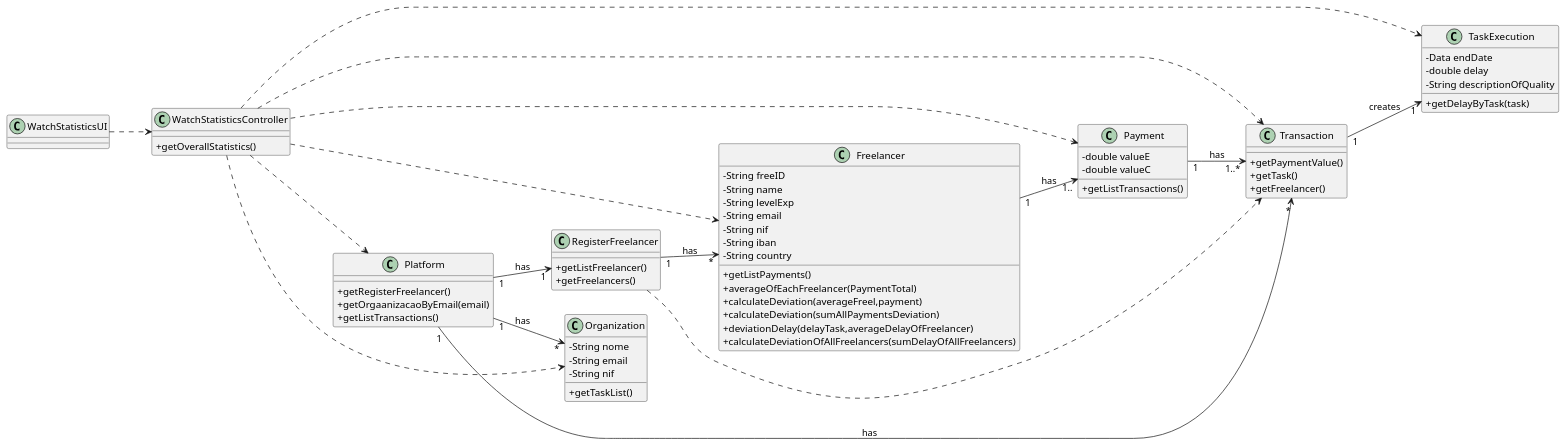
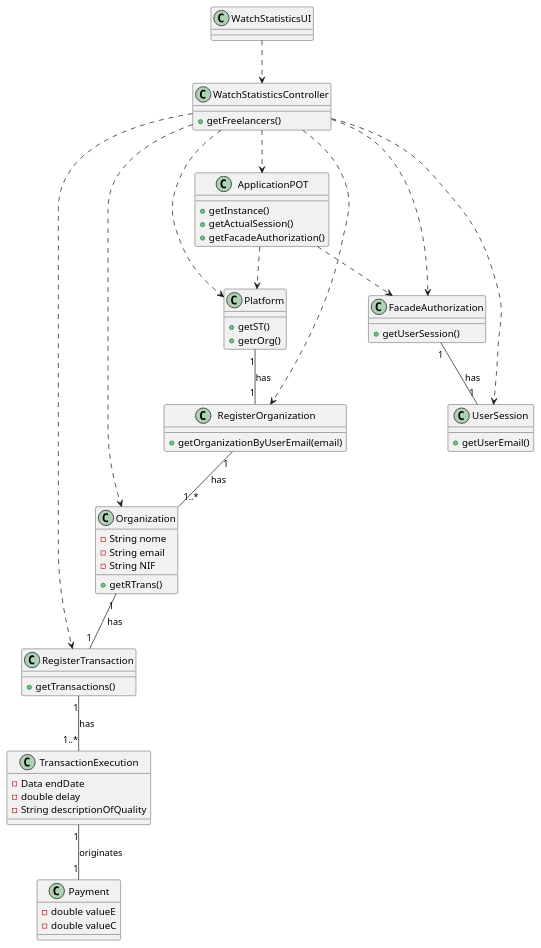
The diagram in docs/UC8 - Check Overall Statistics/UC8_CD.puml (1190452/LAPR2), drawn with PlantUML before and after one commit. The commit also changed 3 other files, not shown here.

```diff
--- a/docs/UC8 - Check Overall Statistics/UC8_CD.puml
+++ b/docs/UC8 - Check Overall Statistics/UC8_CD.puml
@@ -1,87 +1,88 @@
 @startuml
-skinparam classAttributeIconSize 0
-left to right direction
 
-class WatchStatisticsUI {
+
+class WatchStatisticsUI{  
+  
 }
 
-class WatchStatisticsController {
-  +getOverallStatistics()
-}
+class WatchStatisticsController{
+  +getFreelancers()
+  }
+
+class ApplicationPOT{
+  +getInstance()
+  +getActualSession()
+  +getFacadeAuthorization()
+  }
+
 class Platform {
-    +getRegisterFreelancer()
-    +getOrgaanizacaoByEmail(email)
-    +getListTransactions()
-}
+  +getST()
+  +getrOrg()
+  }
 
-class RegisterFreelancer{
-  +getListFreelancer()
-  +getFreelancers()
+class UserSession {
+  +getUserEmail()
+  }
+
+class RegisterOrganization{
+  +getOrganizationByUserEmail(email)
+  }
+
+class Organization {
+  -String nome
+  -String email
+  -String NIF
+  +getRTrans()
+  }
+
+class RegisterTransaction{
+  +getTransactions()
+  }
+
+class TransactionExecution{
+  -Data endDate
+  -double delay
+  -String descriptionOfQuality
+  }
+
+class FacadeAuthorization {  
+  +getUserSession()
 }
 
 class Payment {
   -double valueE
-  -double valueC
-  +getListTransactions()
-}
-
-class Freelancer{
-  -String freeID
-  -String name
-  -String levelExp
-  -String email
-  -String nif
-  -String iban
-  -String country
-  +getListPayments()
-  +averageOfEachFreelancer(PaymentTotal)
-  +calculateDeviation(averageFreel,payment)
-  +calculateDeviation(sumAllPaymentsDeviation)
-  +deviationDelay(delayTask,averageDelayOfFreelancer)
-  +calculateDeviationOfAllFreelancers(sumDelayOfAllFreelancers)
-}
-
-class TaskExecution {
-  -Data endDate
-  -double delay
-  -String descriptionOfQuality
-  +getDelayByTask(task)
-}
-
-class Transaction {
-  +getPaymentValue() 
-  +getTask()
-  +getFreelancer()
-}
-
-class Organization{
-  -String nome
-  -String email
-  -String nif
-  +getTaskList()
+-double valueC
   }
 
 
+WatchStatisticsUI ..> WatchStatisticsController
 
-WatchStatisticsUI ..> WatchStatisticsController
+WatchStatisticsController ..> ApplicationPOT
 WatchStatisticsController ..> Platform
-WatchStatisticsController ..> Payment
-WatchStatisticsController ..> Transaction
-WatchStatisticsController ..> Freelancer
-WatchStatisticsController ..> TaskExecution
+WatchStatisticsController ..> UserSession
+WatchStatisticsController ..> RegisterOrganization
 WatchStatisticsController ..> Organization
+WatchStatisticsController ..> RegisterTransaction
+WatchStatisticsController ..> FacadeAuthorization
 
-RegisterFreelancer ..> Transaction
+ApplicationPOT  ..> Platform
+ApplicationPOT  ..> FacadeAuthorization
 
-Platform "1" --> "1" RegisterFreelancer: has
-Platform "1" --> "*" Organization: has
-Platform "1" --> "*" Transaction: has
-RegisterFreelancer "1" --> "*" Freelancer: has
-Freelancer "1" --> "1.." Payment: has
-Payment "1" --> "1..*" Transaction: has
-Transaction "1" --> "1" TaskExecution: creates
+FacadeAuthorization "1"-- "1" UserSession: has
+
+
+Platform "1" -- "1" RegisterOrganization : has
+
+RegisterOrganization "1" -- "1..*" Organization : has
+
+Organization "1" -- "1" RegisterTransaction : has
+
+RegisterTransaction "1" -- "1..*" TransactionExecution : has
+
+TransactionExecution "1" -- "1" Payment : originates
+
 
 
 
 
 @enduml
```
